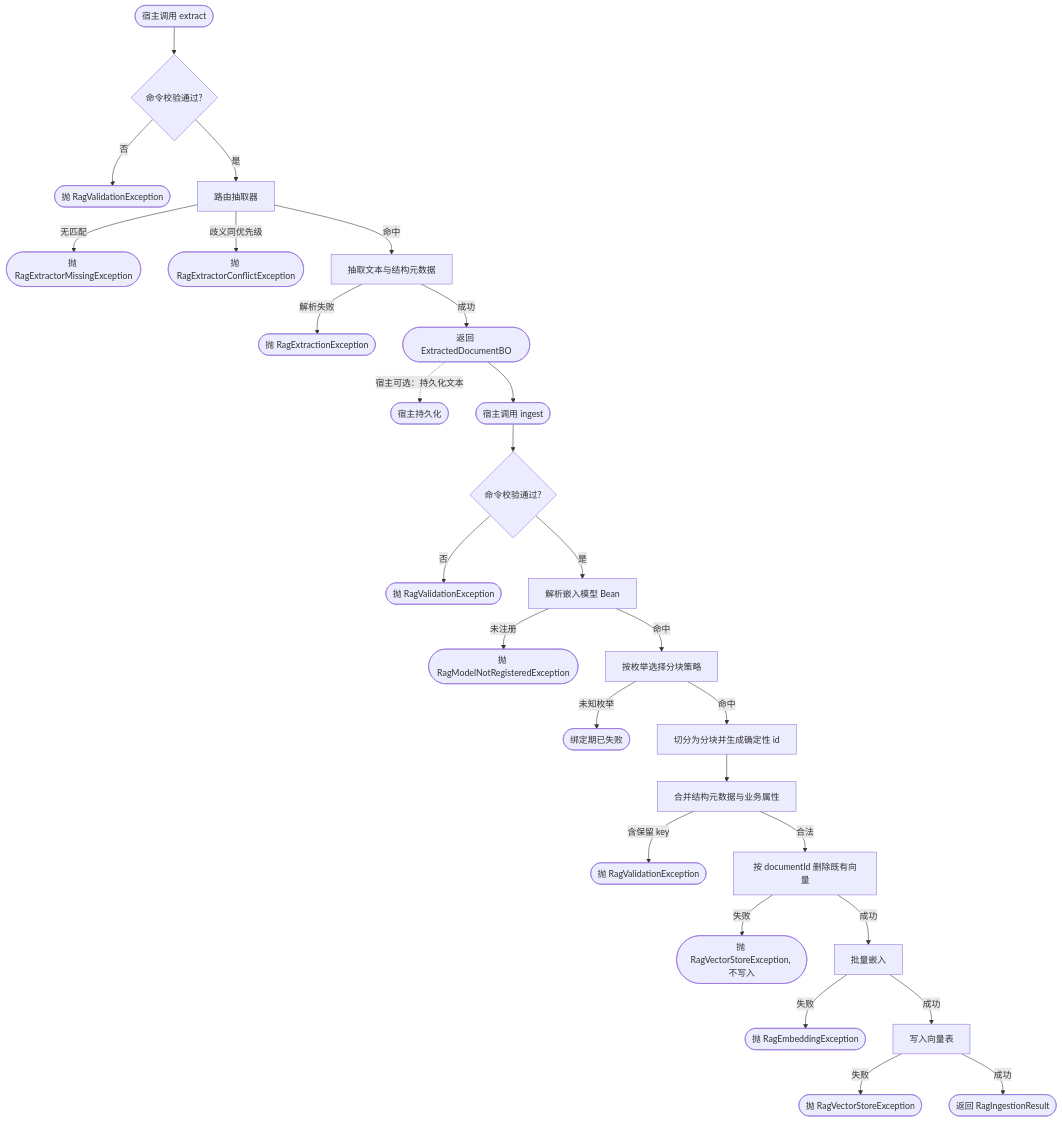
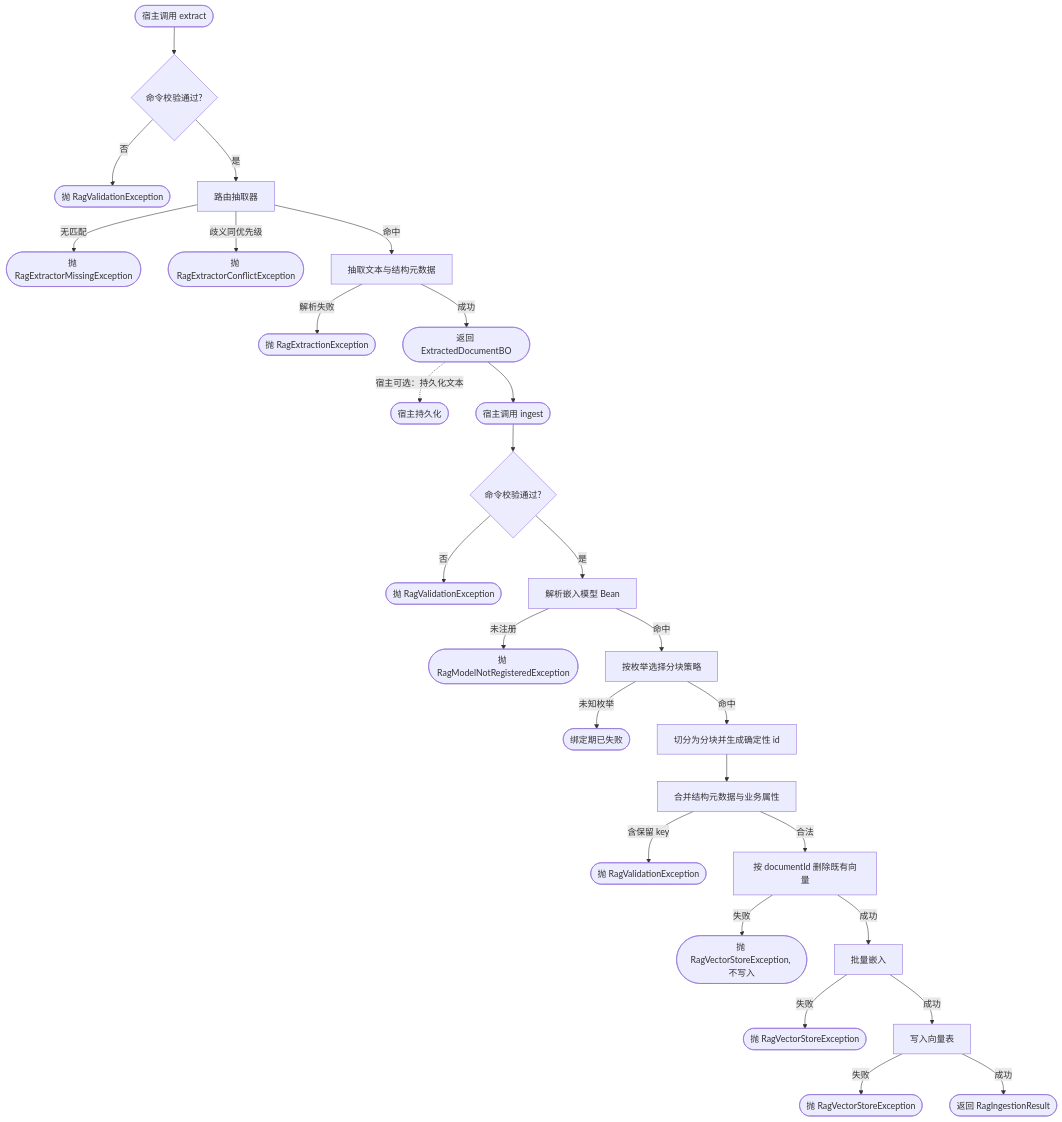
Before and after one commit to AllenDEricDAlexander/Egon-COLA: the third of 4 diagrams in docs/egon/spec/2026-09-10-11-34-egon-cola-component-rag-starter.md, drawn with Mermaid. The commit also changed other lines of this file and 6 other files, not shown here.

First line of the commit message:
fix(rag): remove the unreachable embedding exception

````diff
--- a/docs/egon/spec/2026-09-10-11-34-egon-cola-component-rag-starter.md
+++ b/docs/egon/spec/2026-09-10-11-34-egon-cola-component-rag-starter.md
@@ -450,31 +450,31 @@
 ```mermaid
 flowchart TD
     A([宿主调用 extract]) --> A1{命令校验通过?}
     A1 -- 否 --> AX([抛 RagValidationException])
     A1 -- 是 --> A2[路由抽取器]
     A2 -- 无匹配 --> AX1([抛 RagExtractorMissingException])
     A2 -- 歧义同优先级 --> AX2([抛 RagExtractorConflictException])
     A2 -- 命中 --> A3[抽取文本与结构元数据]
     A3 -- 解析失败 --> AX3([抛 RagExtractionException])
     A3 -- 成功 --> A4([返回 ExtractedDocumentBO])
 
     A4 -.->|"宿主可选：持久化文本"| Z([宿主持久化])
     A4 --> B([宿主调用 ingest])
 
     B --> B1{命令校验通过?}
     B1 -- 否 --> X1([抛 RagValidationException])
     B1 -- 是 --> D[解析嵌入模型 Bean]
     D -- 未注册 --> X3([抛 RagModelNotRegisteredException])
     D -- 命中 --> G[按枚举选择分块策略]
     G -- 未知枚举 --> X6([绑定期已失败])
     G -- 命中 --> H[切分为分块并生成确定性 id]
     H --> HM[合并结构元数据与业务属性]
     HM -- 含保留 key --> X5([抛 RagValidationException])
     HM -- 合法 --> I[按 documentId 删除既有向量]
     I -- 失败 --> X7([抛 RagVectorStoreException, 不写入])
     I -- 成功 --> J[批量嵌入]
-    J -- 失败 --> X8([抛 RagEmbeddingException])
+    J -- 失败 --> X8([抛 RagVectorStoreException])
     J -- 成功 --> K[写入向量表]
     K -- 失败 --> X9([抛 RagVectorStoreException])
     K -- 成功 --> L([返回 RagIngestionResult])
 ```
````
